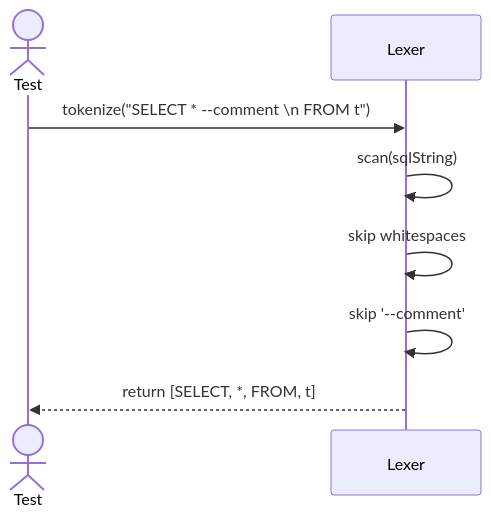
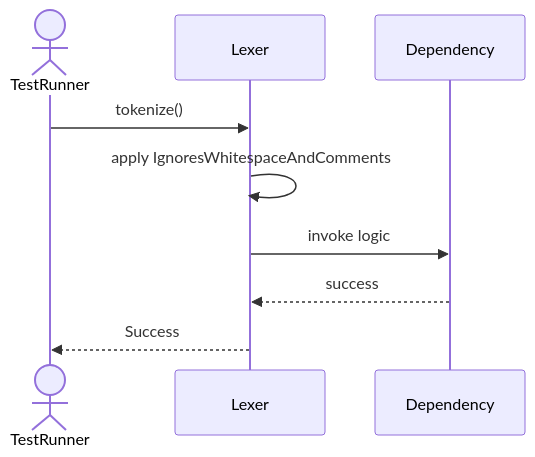
Before and after one commit to TamBui1706/DBMS: the second of 5 diagrams in Sequences/QueryProcessor/Lexer.md, drawn with Mermaid. The commit also changed other lines of this file and 63 other files, not shown here.

Commit message:
Draw sequence diagram for unit tests

````diff
--- a/Sequences/QueryProcessor/Lexer.md
+++ b/Sequences/QueryProcessor/Lexer.md
@@ -28,11 +26,10 @@
 ```mermaid
 sequenceDiagram
-    actor Test
+    actor TestRunner
     participant Lexer
-
-    Test->>Lexer: tokenize("SELECT * --comment \n FROM t")
-    Lexer->>Lexer: scan(sqlString)
-    Lexer->>Lexer: skip whitespaces
-    Lexer->>Lexer: skip '--comment'
-    Lexer-->>Test: return [SELECT, *, FROM, t]
+    TestRunner->>Lexer: tokenize()
+    Lexer->>Lexer: apply IgnoresWhitespaceAndComments
+    Lexer->>Dependency: invoke logic
+    Dependency-->>Lexer: success
+    Lexer-->>TestRunner: Success
 ```
````
